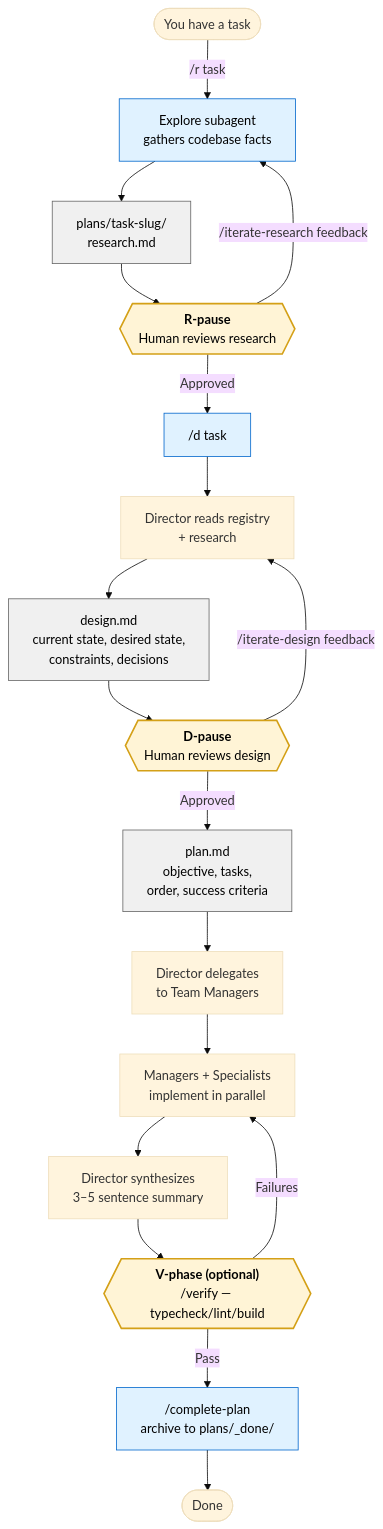
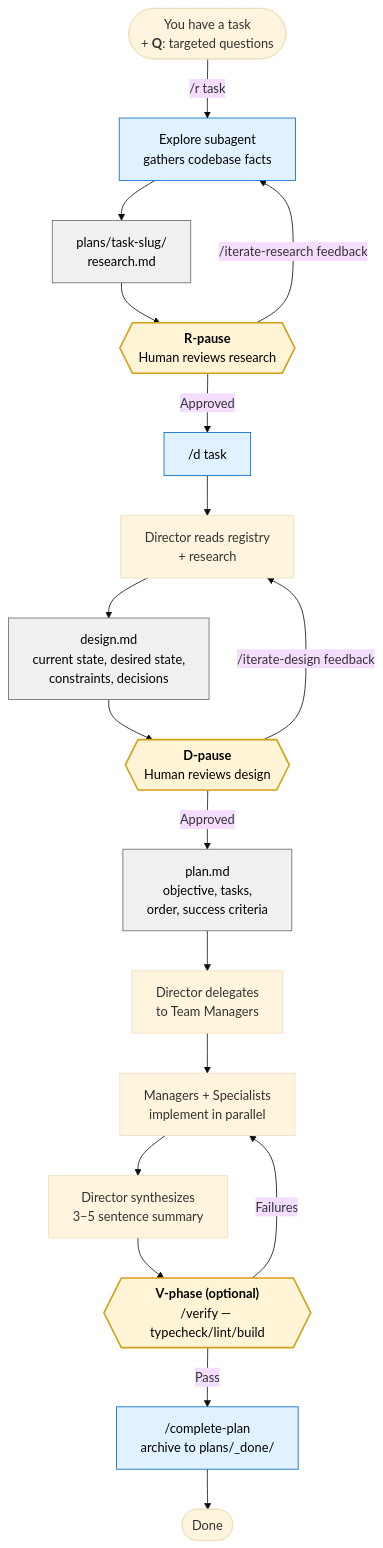
Before and after one commit to loschenbd/claude-agent-boilerplate: the second of 3 diagrams in README.md, drawn with Mermaid (base theme). The commit also changed other lines of this file, not shown here.

Commit message:
docs: fix mermaid diagram inaccuracies
- Diagram 1 (agent hierarchy): Plans node now lists all artifacts
  (research/design/plan/progress.md), not just research.md
- Diagram 2 (QRSPI workflow): Start node mentions Q-phase so the
  diagram matches the QRSPI table

````diff
--- a/README.md
+++ b/README.md
@@ -91,29 +91,29 @@
 ```mermaid
 flowchart TD
-    Start([You have a task])
+    Start([You have a task<br/>+ <b>Q</b>: targeted questions])
     Start -->|"/r task"| Explore[Explore subagent<br/>gathers codebase facts]
     Explore --> RDoc[plans/task-slug/<br/>research.md]
     RDoc --> RGate{{"<b>R-pause</b><br/>Human reviews research"}}
     RGate -->|"/iterate-research feedback"| Explore
     RGate -->|Approved| DCmd["/d task"]
     DCmd --> Director1[Director reads registry<br/>+ research]
     Director1 --> Design[design.md<br/>current state, desired state,<br/>constraints, decisions]
     Design --> DGate{{"<b>D-pause</b><br/>Human reviews design"}}
     DGate -->|"/iterate-design feedback"| Director1
     DGate -->|Approved| Plan[plan.md<br/>objective, tasks,<br/>order, success criteria]
     Plan --> Delegate[Director delegates<br/>to Team Managers]
     Delegate --> Implement[Managers + Specialists<br/>implement in parallel]
     Implement --> Synth[Director synthesizes<br/>3–5 sentence summary]
     Synth --> Verify{{"<b>V-phase (optional)</b><br/>/verify — typecheck/lint/build"}}
     Verify -->|Failures| Implement
     Verify -->|Pass| Complete["/complete-plan<br/>archive to plans/_done/"]
     Complete --> End([Done])
 
     classDef gate fill:#fff4d6,stroke:#d4a017,color:#000,stroke-width:2px
     classDef artifact fill:#f0f0f0,stroke:#666,color:#000
     classDef cmd fill:#e0f2ff,stroke:#0066cc,color:#000
 
     class RGate,DGate,Verify gate
     class RDoc,Design,Plan artifact
     class Explore,DCmd,Complete cmd
 ```
````
